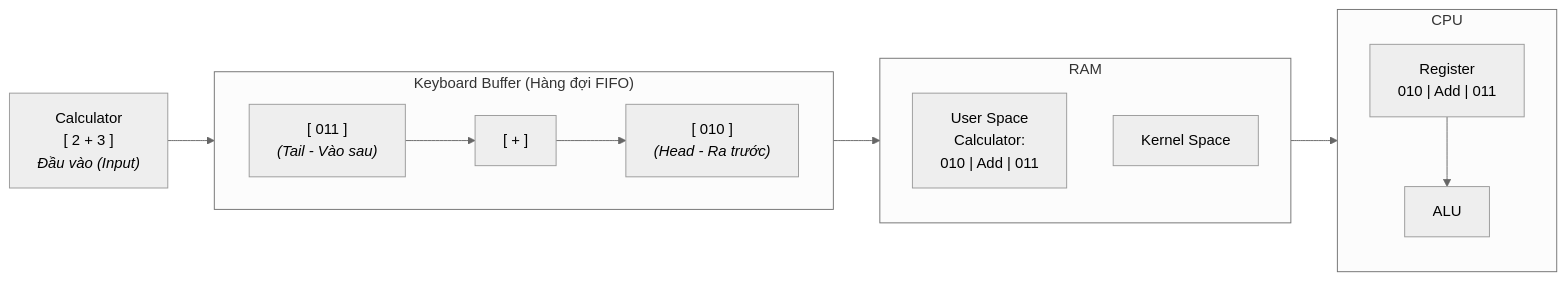
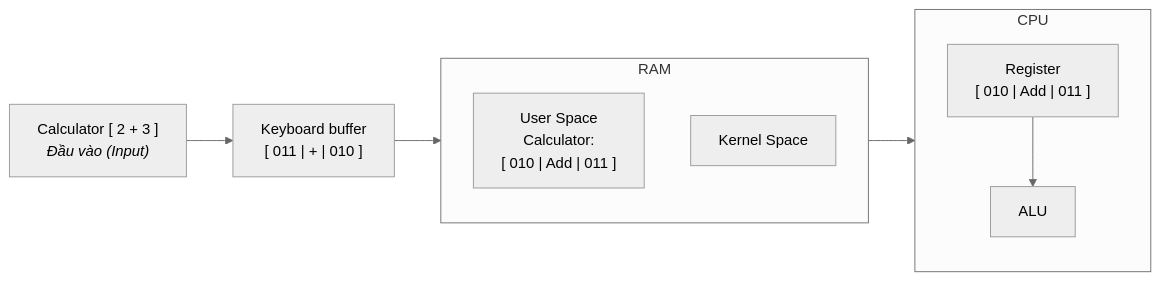
One commit to Duc-Lee/LLMserving_GPUoptimization changed the sixth of 10 diagrams in OperatingSystem/OS_scratch/Concepts_OS/Intro_OS/Lession4.md. Above: the diagram before and after it, drawn with Mermaid (neutral theme). The commit also changed other lines of this file, not shown here.

````diff
--- a/OperatingSystem/OS_scratch/Concepts_OS/Intro_OS/Lession4.md
+++ b/OperatingSystem/OS_scratch/Concepts_OS/Intro_OS/Lession4.md
@@ -128,27 +109,20 @@
 ```mermaid
 flowchart LR
-    IN_CALC["Calculator<br/>[ 2 + 3 ]<br/><i>Đầu vào (Input)</i>"]
-
-    subgraph KB_BUF ["Keyboard Buffer (Hàng đợi FIFO)"]
-        direction LR
-        Q_TAIL["[ 011 ]<br/><i>(Tail - Vào sau)</i>"] --> Q_MID["[ + ]"] --> Q_HEAD["[ 010 ]<br/><i>(Head - Ra trước)</i>"]
-    end
-
-    IN_CALC --> Q_TAIL
-    Q_HEAD --> US
+    IN_CALC["Calculator [ 2 + 3 ]<br/><i>Đầu vào (Input)</i>"] --> KB_BUF["Keyboard buffer<br/>[ 011 | + | 010 ]"]
+    KB_BUF --> US
 
     subgraph RAM ["RAM"]
         direction TB
         KS["Kernel Space"]
-        US["User Space<br/>Calculator:<br/>010 | Add | 011"]
+        US["User Space<br/>Calculator:<br/>[ 010 | Add | 011 ]"]
     end
 
     US --> REG
 
     subgraph CPU ["CPU"]
         direction TB
-        REG["Register<br/>010 | Add | 011"]
+        REG["Register<br/>[ 010 | Add | 011 ]"]
         ALU["ALU"]
         REG --> ALU
     end
 ```
````
